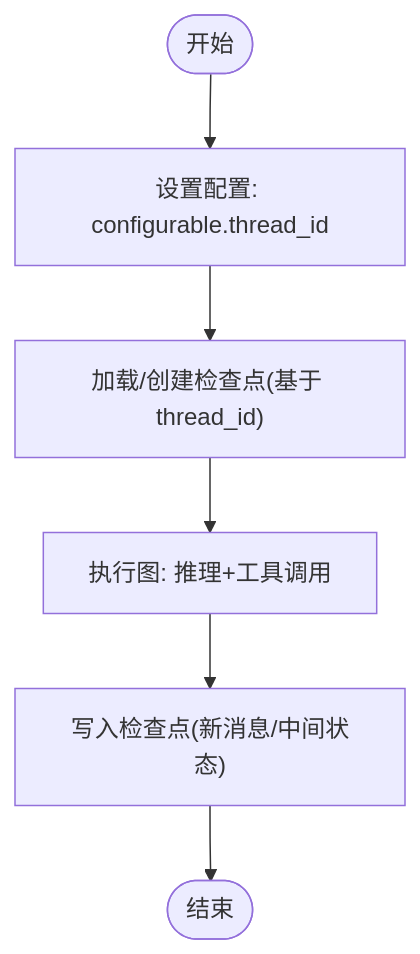
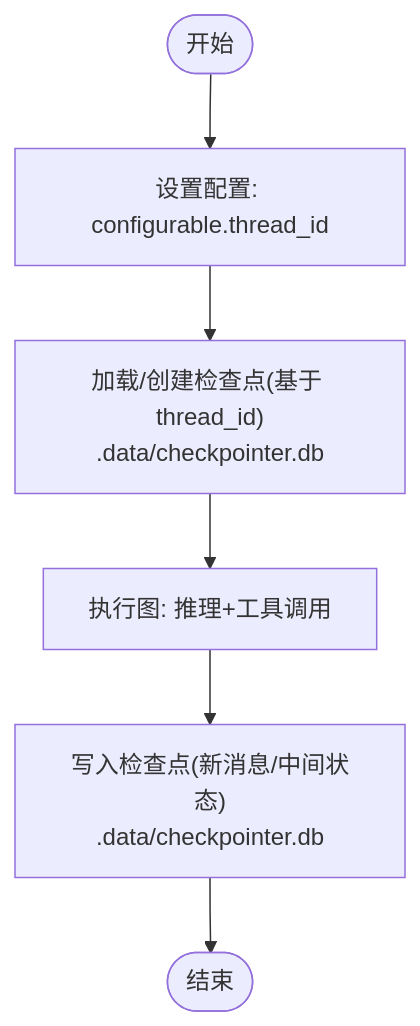
Before and after one commit to HAOFUYANG/onion-code: the third of 6 diagrams in .qoder/repowiki/zh/content/核心代理系统/会话管理机制.md, drawn with Mermaid. The commit also changed other lines of this file and 3 other files, not shown here.

````diff
--- a/.qoder/repowiki/zh/content/核心代理系统/会话管理机制.md
+++ b/.qoder/repowiki/zh/content/核心代理系统/会话管理机制.md
@@ -137,8 +139,8 @@
 ```mermaid
 flowchart TD
 Start(["开始"]) --> GetConfig["设置配置: configurable.thread_id"]
-GetConfig --> LoadCP["加载/创建检查点(基于 thread_id)"]
+GetConfig --> LoadCP["加载/创建检查点(基于 thread_id)<br/>.data/checkpointer.db"]
 LoadCP --> RunGraph["执行图: 推理+工具调用"]
-RunGraph --> SaveCP["写入检查点(新消息/中间状态)"]
+RunGraph --> SaveCP["写入检查点(新消息/中间状态)<br/>.data/checkpointer.db"]
 SaveCP --> End(["结束"])
 ```
````
